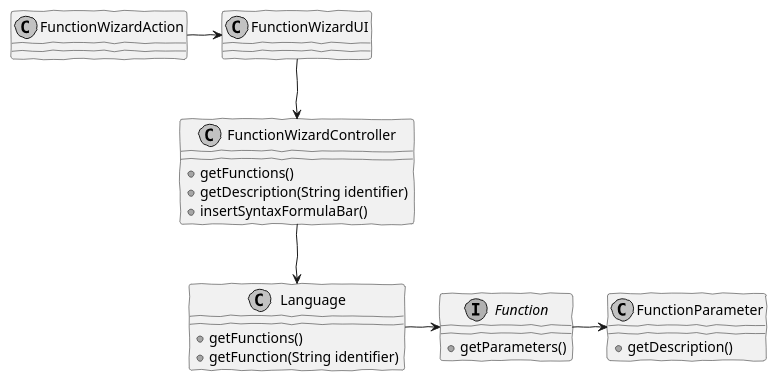
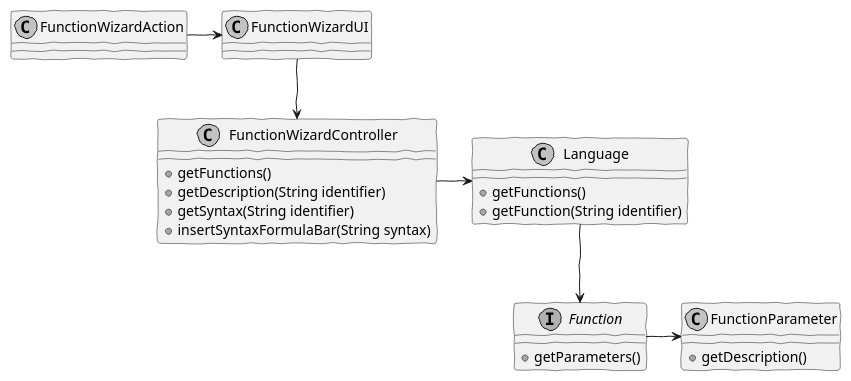
The diagram in src/main/java/lapr4/blue/s1/lang/n1060503/functionWizard/cd2_insert_function_basic_wizard.puml (MikeTekOn/lapr4-2017-2dd), drawn with PlantUML before and after one commit. The commit also changed 6 other files, not shown here.

```diff
--- a/src/main/java/lapr4/blue/s1/lang/n1060503/functionWizard/cd2_insert_function_basic_wizard.puml
+++ b/src/main/java/lapr4/blue/s1/lang/n1060503/functionWizard/cd2_insert_function_basic_wizard.puml
@@ -1,36 +1,35 @@
 @startuml cd2_insert_function_basic_wizard.png
 skinparam handwritten true
 skinparam monochrome true
 skinparam packageStyle rect
 skinparam defaultFontName FG Virgil
 skinparam shadowing false  
 
 interface Function {
     +getParameters()    
 }
 class FunctionWizardAction{    
 }
 class FunctionWizardUI{
 }
 class FunctionWizardController {
     +getFunctions()
     +getDescription(String identifier)
-    +insertSyntaxFormulaBar()
+    +getSyntax(String identifier)
+    +insertSyntaxFormulaBar(String syntax)
 }
 class Language{
     +getFunctions()
     +getFunction(String identifier)
 }
 class FunctionParameter{
     +getDescription()
 }
 FunctionWizardAction -> FunctionWizardUI 
+FunctionWizardUI --> FunctionWizardController 
+FunctionWizardController -> Language 
 
-FunctionWizardUI --> FunctionWizardController 
-
-FunctionWizardController --> Language 
-
-Language -> Function 
+Language --> Function 
 
 Function -> FunctionParameter
 @enduml
```
